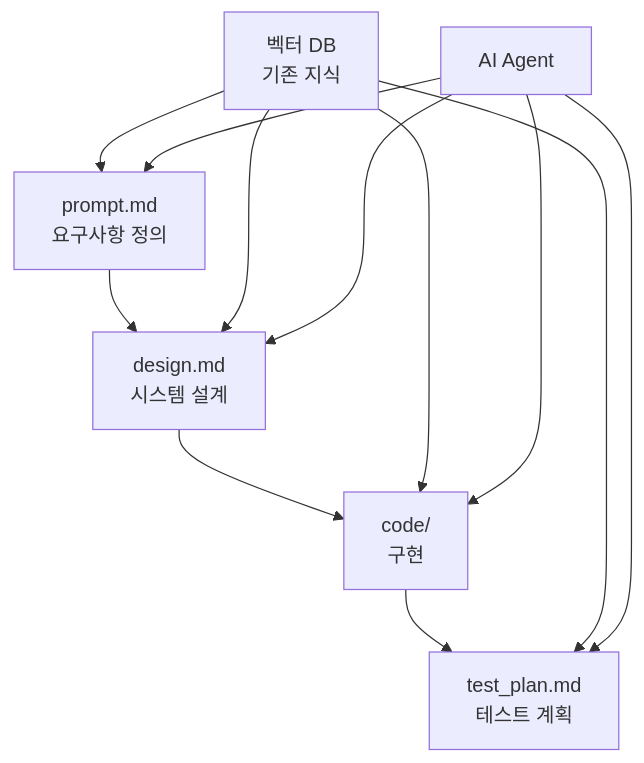
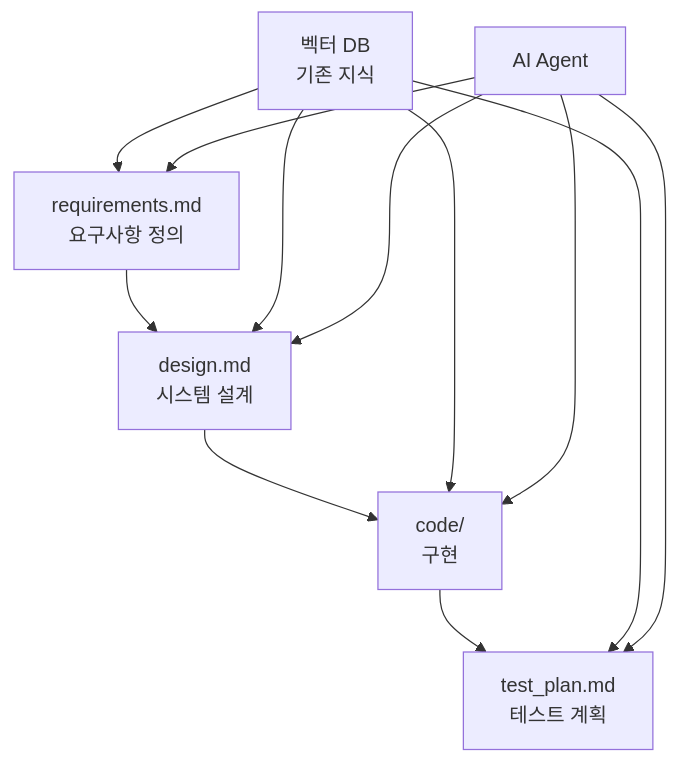
The diagram in ai_native_developer.md (jaehwang/agentic_dev), drawn with Mermaid before and after one commit. The commit also changed other lines of this file and 9 other files, not shown here.

Commit message:
의미를 명확히 하기 위해 prompt.md를 requirements.md로 수정

````diff
--- a/ai_native_developer.md
+++ b/ai_native_developer.md
@@ -95,16 +95,16 @@
 ```mermaid
 graph TD
-    A[prompt.md<br/>요구사항 정의] --> B[design.md<br/>시스템 설계]
+    A[requirements.md<br/>요구사항 정의] --> B[design.md<br/>시스템 설계]
     B --> C[code/<br/>구현]
     C --> D[test_plan.md<br/>테스트 계획]
     
     E[벡터 DB<br/>기존 지식] --> A
     E --> B
     E --> C
     E --> D
     
     F[AI Agent] --> A
     F --> B
     F --> C
     F --> D
 ```
````
